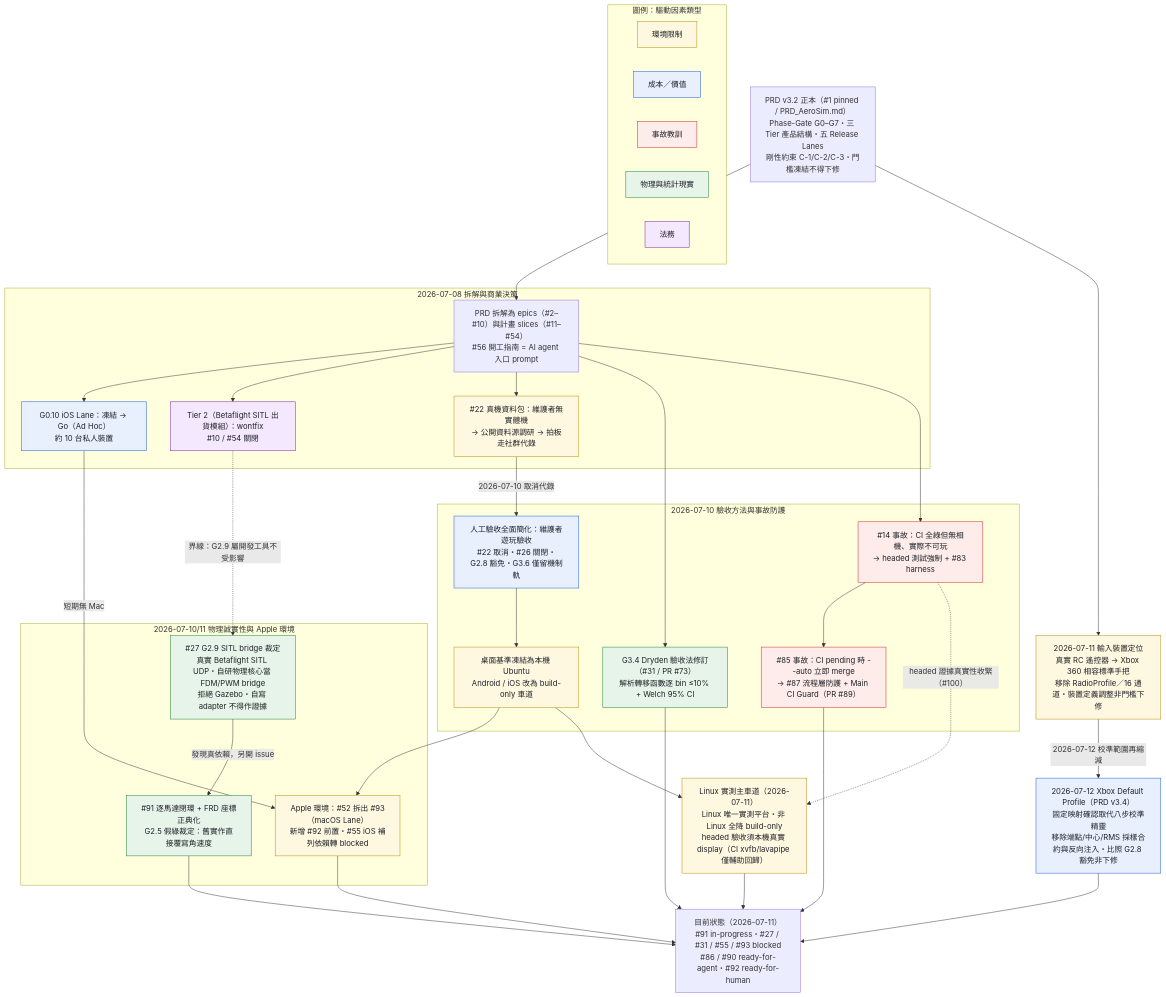
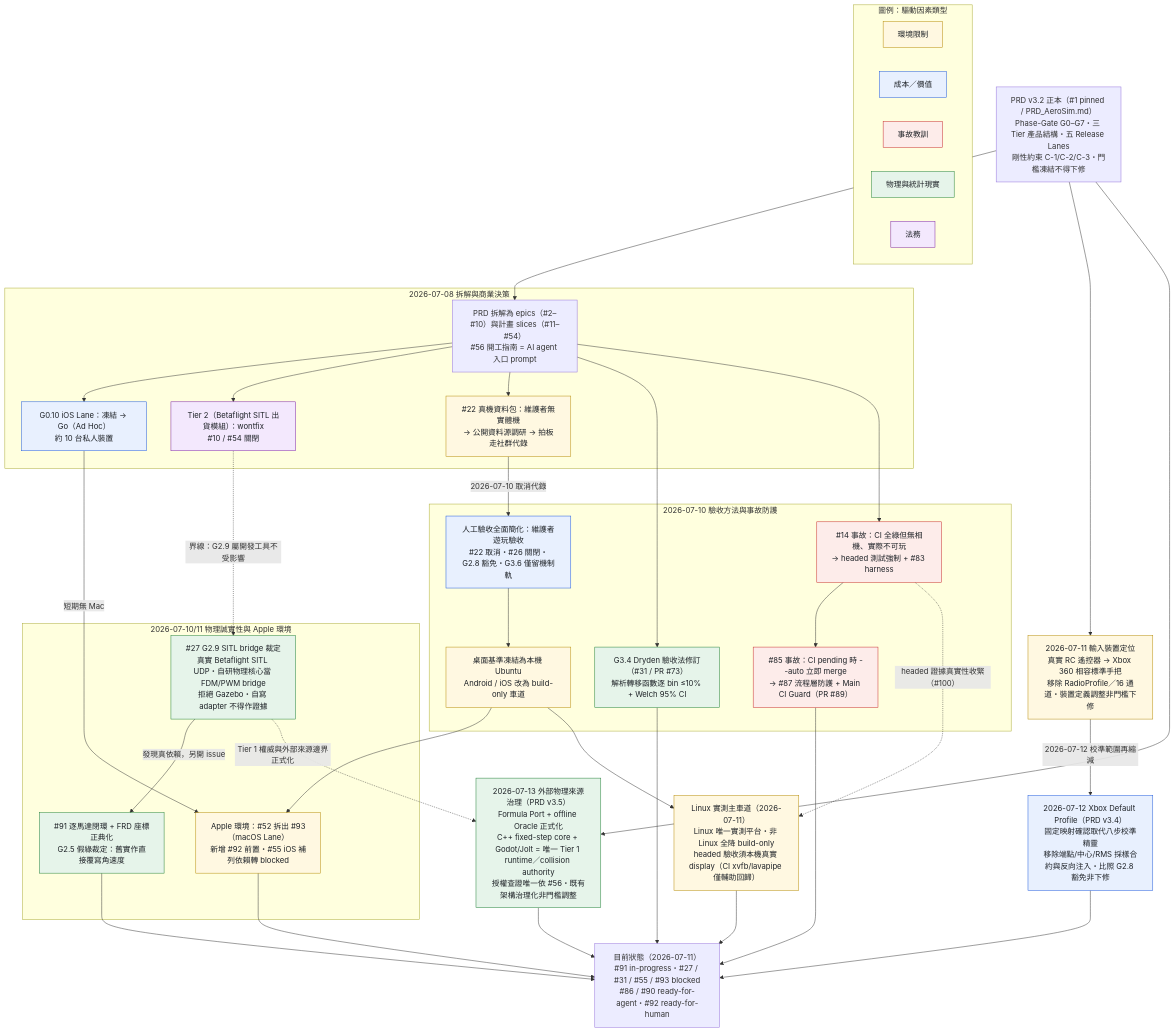
One commit to KarlSideProjects/AeroSim changed the first of 2 diagrams in docs/development-decision-flow.md. Above: the diagram before and after it, drawn with Mermaid. The commit also changed other lines of this file, not shown here.

First line of the commit message:
docs: [docs-ai] 補 v3.5 外部物理來源治理決策節點與總覽圖

````diff
--- a/docs/development-decision-flow.md
+++ b/docs/development-decision-flow.md
@@ -16,75 +16,79 @@
 ```mermaid
 flowchart TD
     PRD["PRD v3.2 正本（#1 pinned / PRD_AeroSim.md）<br/>Phase-Gate G0–G7・三 Tier 產品結構・五 Release Lanes<br/>剛性約束 C-1/C-2/C-3・門檻凍結不得下修"]
 
     subgraph D1["2026-07-08 拆解與商業決策"]
         SPLIT["PRD 拆解為 epics（#2–#10）與計畫 slices（#11–#54）<br/>#56 開工指南 = AI agent 入口 prompt"]
         IOS["G0.10 iOS Lane：凍結 → Go（Ad Hoc）<br/>約 10 台私人裝置"]
         T2["Tier 2（Betaflight SITL 出貨模組）：wontfix<br/>#10 / #54 關閉"]
         DATA1["#22 真機資料包：維護者無實體機<br/>→ 公開資料源調研 → 拍板走社群代錄"]
     end
 
     subgraph D2["2026-07-10 驗收方法與事故防護"]
         G34["G3.4 Dryden 驗收法修訂（#31 / PR #73）<br/>解析轉移函數逐 bin ≤10% + Welch 95% CI"]
         SIMP["人工驗收全面簡化：維護者遊玩驗收<br/>#22 取消・#26 關閉・G2.8 豁免・G3.6 僅留機制軌"]
         LANES["桌面基準凍結為本機 Ubuntu<br/>Android / iOS 改為 build-only 車道"]
         I14["#14 事故：CI 全綠但無相機、實際不可玩<br/>→ headed 測試強制 + #83 harness"]
         I87["#85 事故：CI pending 時 --auto 立即 merge<br/>→ #87 流程層防護 + Main CI Guard（PR #89）"]
     end
 
     subgraph D3["2026-07-10/11 物理誠實性與 Apple 環境"]
         SITL["#27 G2.9 SITL bridge 裁定<br/>真實 Betaflight SITL UDP・自研物理核心當 FDM/PWM bridge<br/>拒絕 Gazebo・自寫 adapter 不得作證據"]
         M91["#91 逐馬達閉環 + FRD 座標正典化<br/>G2.5 假綠裁定：舊實作直接覆寫角速度"]
         APPLE["Apple 環境：#52 拆出 #93（macOS Lane）<br/>新增 #92 前置・#55 iOS 補列依賴轉 blocked"]
     end
 
     LINPRI["Linux 實測主車道（2026-07-11）<br/>Linux 唯一實測平台・非 Linux 全降 build-only<br/>headed 驗收須本機真實 display（CI xvfb/lavapipe 僅輔助回歸）"]
     GAMEPAD["2026-07-11 輸入裝置定位<br/>真實 RC 遙控器 → Xbox 360 相容標準手把<br/>移除 RadioProfile／16 通道・裝置定義調整非門檻下修"]
     XBOXDEF["2026-07-12 Xbox Default Profile（PRD v3.4）<br/>固定映射確認取代八步校準精靈<br/>移除端點/中心/RMS 採樣合約與反向注入・比照 G2.8 豁免非下修"]
+    XPHYS["2026-07-13 外部物理來源治理（PRD v3.5）<br/>Formula Port + offline Oracle 正式化<br/>C++ fixed-step core + Godot/Jolt = 唯一 Tier 1 runtime／collision authority<br/>授權查證唯一依 #56・既有架構治理化非門檻調整"]
 
     NOW["目前狀態（2026-07-11）<br/>#91 in-progress・#27 / #31 / #55 / #93 blocked<br/>#86 / #90 ready-for-agent・#92 ready-for-human"]
 
     PRD --> SPLIT
     SPLIT --> IOS
     SPLIT --> T2
     SPLIT --> DATA1
     DATA1 -->|"2026-07-10 取消代錄"| SIMP
     SIMP --> LANES
     SPLIT --> G34
     SPLIT --> I14
     I14 --> I87
     T2 -.->|"界線：G2.9 屬開發工具不受影響"| SITL
     SITL -->|"發現真依賴，另開 issue"| M91
     IOS -->|"短期無 Mac"| APPLE
     LANES --> APPLE
     LANES --> LINPRI
     I14 -.->|"headed 證據真實性收緊（#100）"| LINPRI
     LINPRI --> NOW
     M91 --> NOW
     APPLE --> NOW
     G34 --> NOW
     I87 --> NOW
     PRD --> GAMEPAD
     GAMEPAD -->|"2026-07-12 校準範圍再縮減"| XBOXDEF
     XBOXDEF --> NOW
+    PRD --> XPHYS
+    SITL -.->|"Tier 1 權威與外部來源邊界正式化"| XPHYS
+    XPHYS --> NOW
 
     classDef env fill:#fff8e1,stroke:#b58900,color:#1f2328
     classDef cost fill:#e8f0fe,stroke:#1a56db,color:#1f2328
     classDef incident fill:#fdecea,stroke:#c62828,color:#1f2328
     classDef physics fill:#e6f4ea,stroke:#1e7e34,color:#1f2328
     classDef legal fill:#f3e8fd,stroke:#7b1fa2,color:#1f2328
 
     class DATA1,LANES,APPLE,LINPRI,GAMEPAD env
     class IOS,SIMP,XBOXDEF cost
     class I14,I87 incident
-    class G34,M91,SITL physics
+    class G34,M91,SITL,XPHYS physics
     class T2 legal
 
     subgraph LEGEND["圖例：驅動因素類型"]
         L1["環境限制"]:::env
         L2["成本／價值"]:::cost
         L3["事故教訓"]:::incident
         L4["物理與統計現實"]:::physics
         L5["法務"]:::legal
     end
 ```
````
